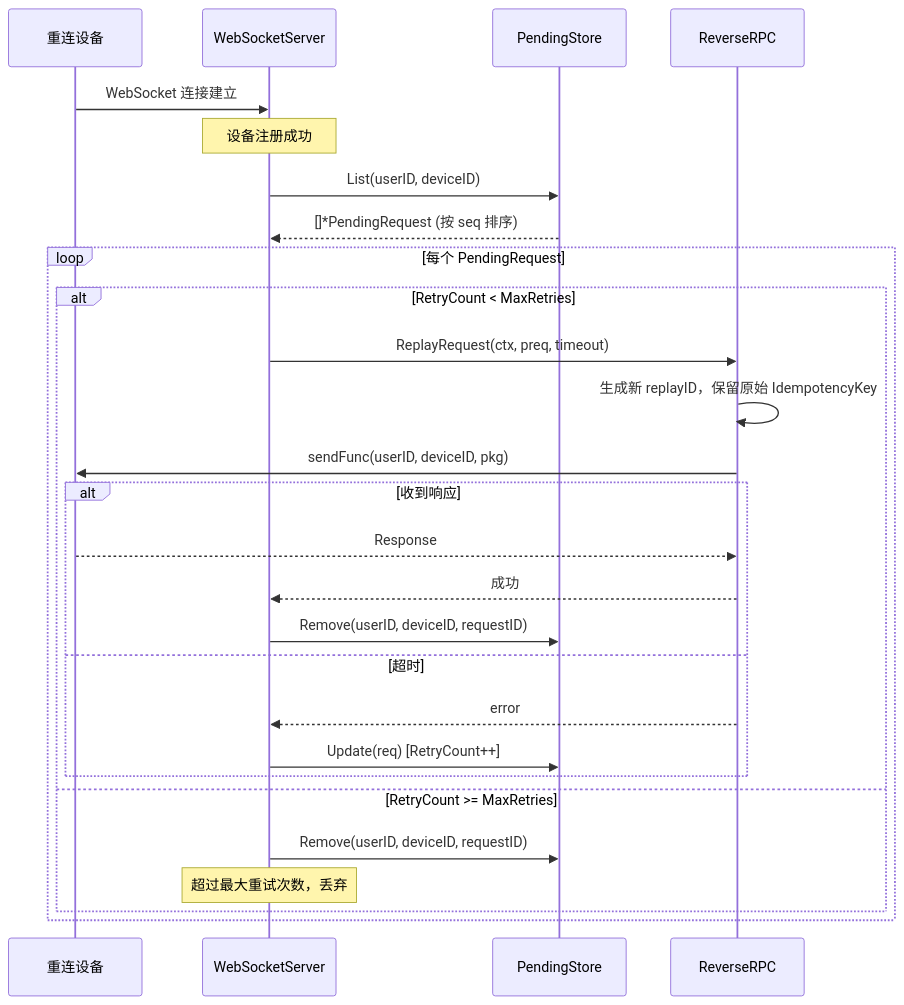
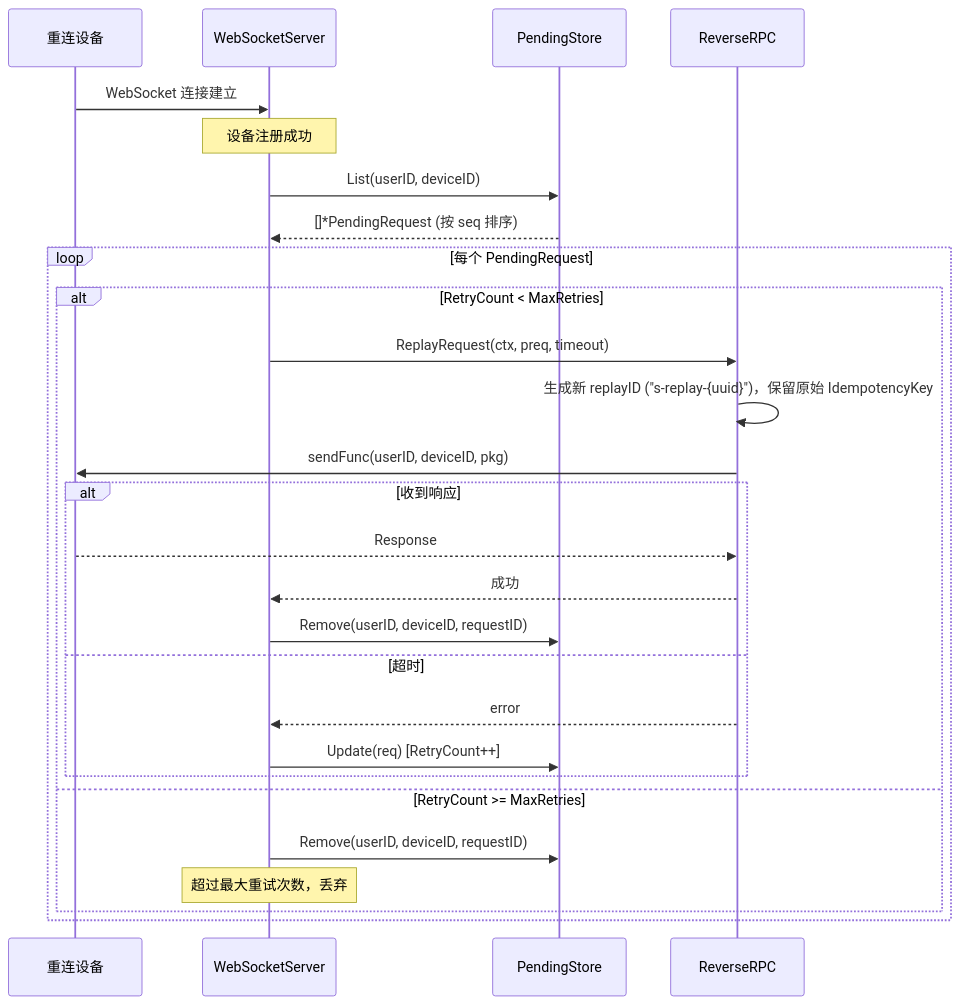
Before and after one commit to PineappleBond/xyncra-server: the seventh of 14 diagrams in wiki/flows/websocket-connection.md, drawn with Mermaid. The commit also changed other lines of this file and 16 other files, not shown here.

First line of the commit message:
docs(wiki): comprehensive review and fix of all flow documents

````diff
--- a/wiki/flows/websocket-connection.md
+++ b/wiki/flows/websocket-connection.md
@@ -393,33 +428,33 @@
 ```mermaid
 sequenceDiagram
     participant Device as 重连设备
     participant WS as WebSocketServer
     participant PS as PendingStore
     participant RR as ReverseRPC
 
     Device->>WS: WebSocket 连接建立
     Note over WS: 设备注册成功
 
     WS->>PS: List(userID, deviceID)
     PS-->>WS: []*PendingRequest (按 seq 排序)
 
     loop 每个 PendingRequest
         alt RetryCount < MaxRetries
             WS->>RR: ReplayRequest(ctx, preq, timeout)
-            RR->>RR: 生成新 replayID，保留原始 IdempotencyKey
+            RR->>RR: 生成新 replayID ("s-replay-{uuid}")，保留原始 IdempotencyKey
             RR->>Device: sendFunc(userID, deviceID, pkg)
 
             alt 收到响应
                 Device-->>RR: Response
                 RR-->>WS: 成功
                 WS->>PS: Remove(userID, deviceID, requestID)
             else 超时
                 RR-->>WS: error
                 WS->>PS: Update(req) [RetryCount++]
             end
         else RetryCount >= MaxRetries
             WS->>PS: Remove(userID, deviceID, requestID)
             Note over WS: 超过最大重试次数，丢弃
         end
     end
 ```
````
